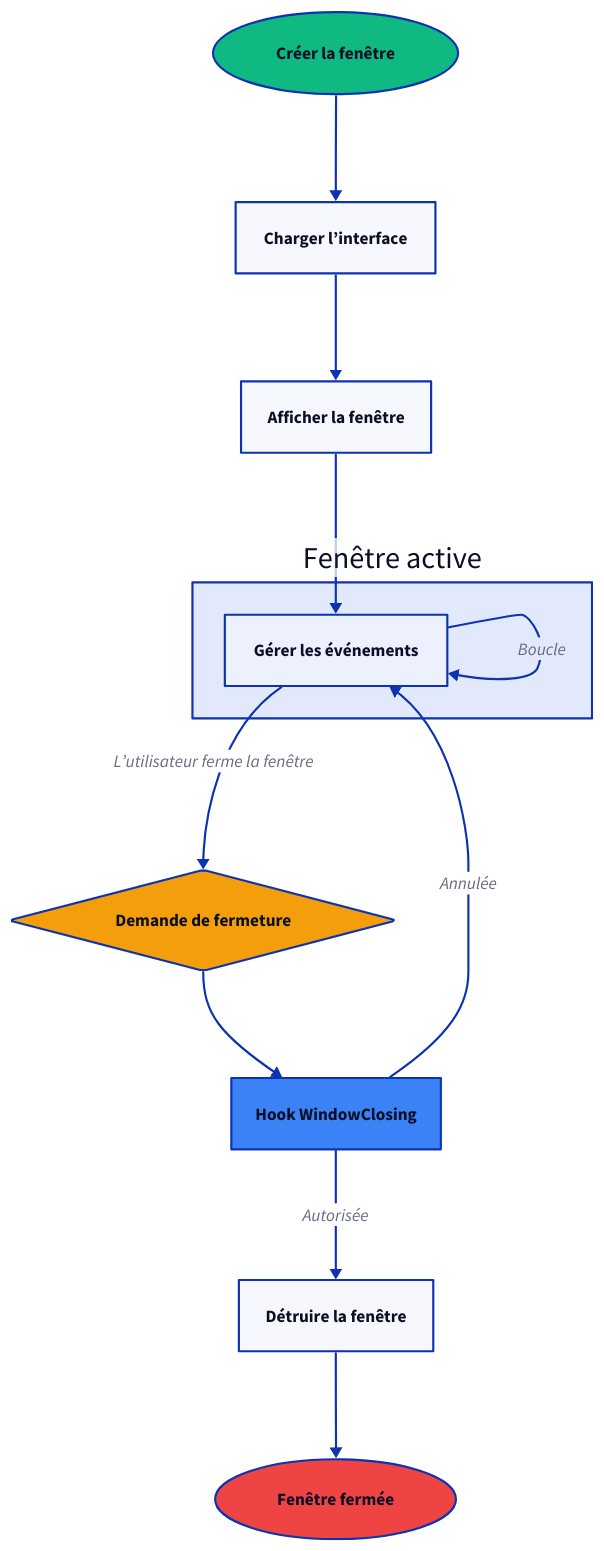
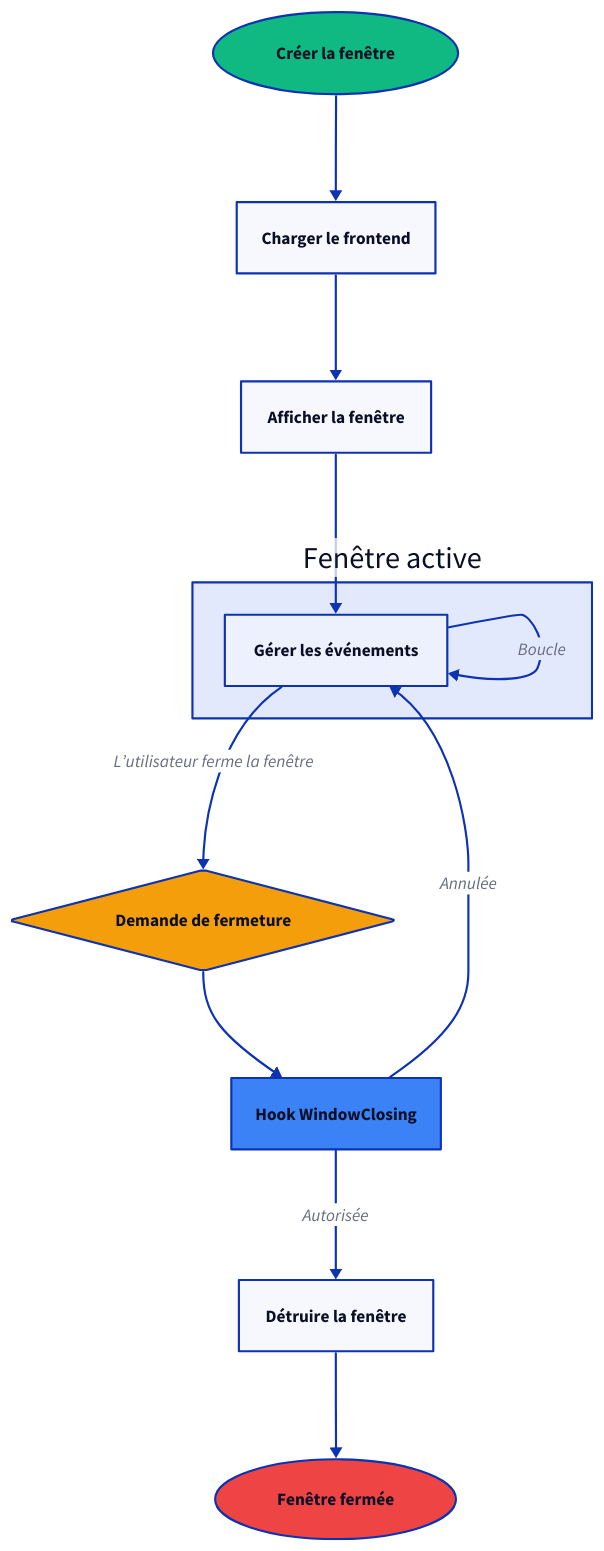
One commit to wailsapp/wails changed the second of 2 diagrams in docs/mpress/content/fr/concepts/lifecycle.md. Above: the diagram before and after it, drawn with D2. The commit also changed other lines of this file and 1096 other files, not shown here.

````diff
--- a/docs/mpress/content/fr/concepts/lifecycle.md
+++ b/docs/mpress/content/fr/concepts/lifecycle.md
@@ -451,51 +451,51 @@
 ```d2
 direction: down
 
 Create: Créer la fenêtre {
   shape: oval
   style.fill: "#10B981"
 }
 
-Load: Charger l’interface {
+Load: Charger le frontend {
   shape: rectangle
 }
 
 Show: Afficher la fenêtre {
   shape: rectangle
 }
 
 Active: Fenêtre active {
   Events: Gérer les événements {
     shape: rectangle
   }
 }
 
 CloseRequest: Demande de fermeture {
   shape: diamond
   style.fill: "#F59E0B"
 }
 
 Hook: Hook WindowClosing {
   shape: rectangle
   style.fill: "#3B82F6"
 }
 
 Destroy: Détruire la fenêtre {
   shape: rectangle
 }
 
 End: Fenêtre fermée {
   shape: oval
   style.fill: "#EF4444"
 }
 
 Create -> Load
 Load -> Show
 Show -> Active.Events
 Active.Events -> Active.Events: Boucle
 Active.Events -> CloseRequest: L’utilisateur ferme la fenêtre
 CloseRequest -> Hook
 Hook -> Active.Events: Annulée
 Hook -> Destroy: Autorisée
 Destroy -> End
 ```
````
